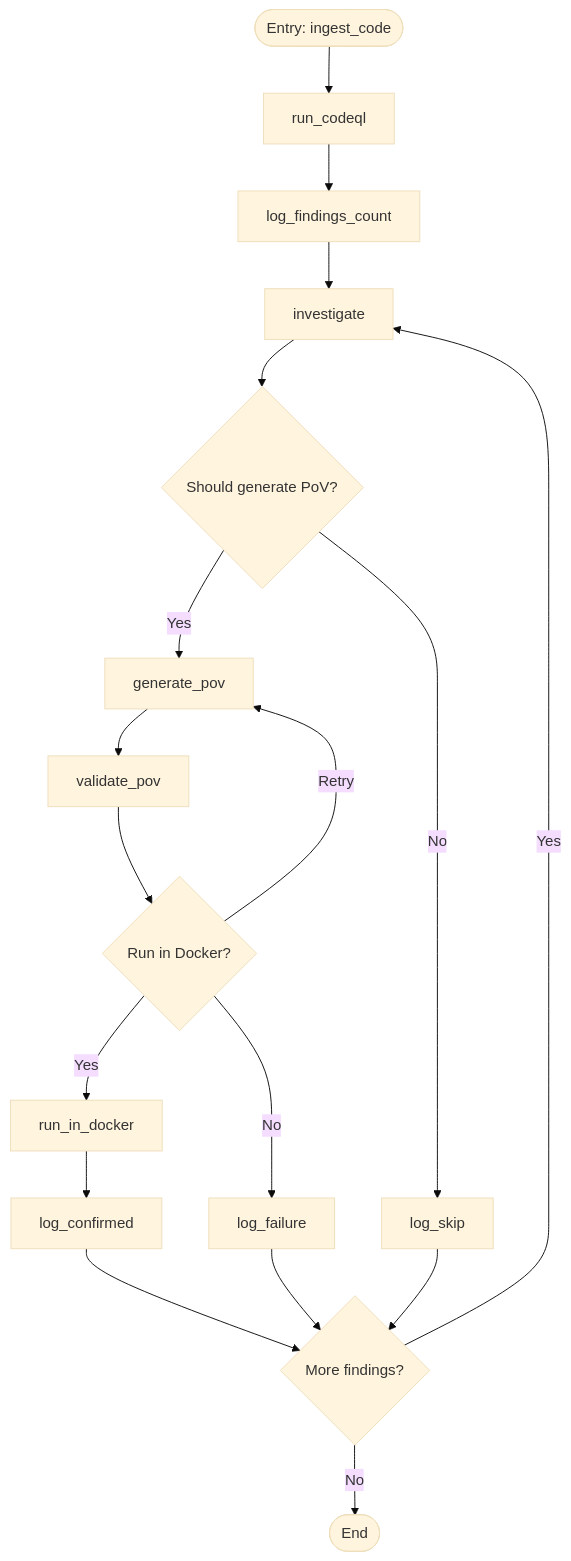
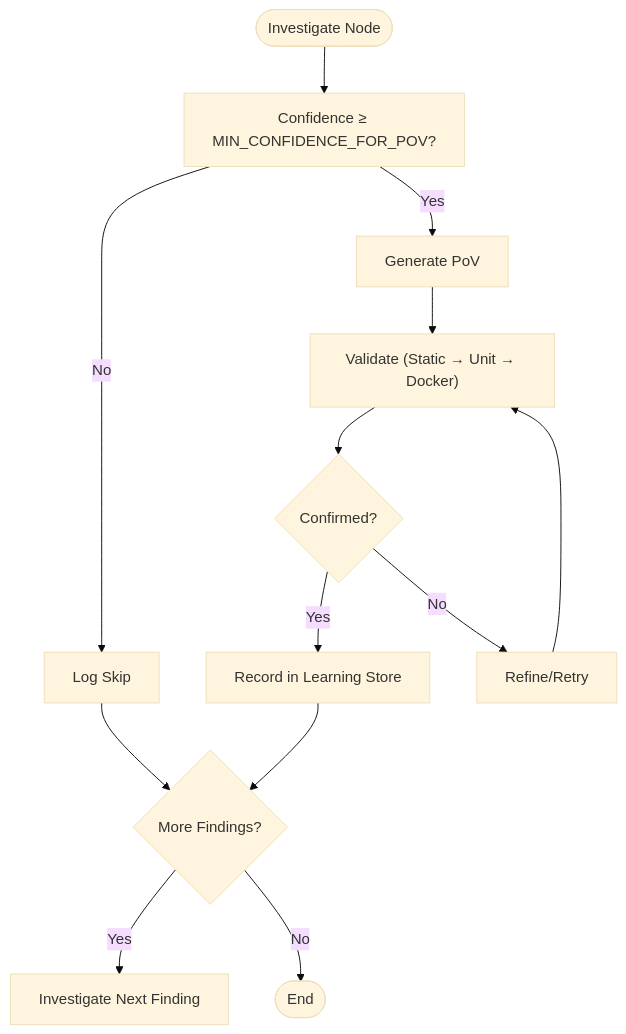
One commit to keysight-anya/AutoPoV changed the fifth of 10 diagrams in .qoder/repowiki/en/content/Architecture & Design/Architecture & Design.md. Above: the diagram before and after it, drawn with Mermaid (base theme). The commit also changed other lines of this file and 150 other files, not shown here.

````diff
--- a/.qoder/repowiki/en/content/Architecture & Design/Architecture & Design.md
+++ b/.qoder/repowiki/en/content/Architecture & Design/Architecture & Design.md
@@ -165,20 +288,15 @@
 ```mermaid
 flowchart TD
-START(["Entry: ingest_code"]) --> RUN_CODEQL["run_codeql"]
-RUN_CODEQL --> LOG_COUNT["log_findings_count"]
-LOG_COUNT --> INVESTIGATE["investigate"]
-INVESTIGATE --> DECIDE_GEN{"Should generate PoV?"}
-DECIDE_GEN --> |Yes| GEN["generate_pov"]
-DECIDE_GEN --> |No| SKIP["log_skip"]
-GEN --> VALIDATE["validate_pov"]
-VALIDATE --> DECIDE_RUN{"Run in Docker?"}
-DECIDE_RUN --> |Yes| DOCKER["run_in_docker"]
-DECIDE_RUN --> |Retry| GEN
-DECIDE_RUN --> |No| FAIL["log_failure"]
-DOCKER --> CONFIRM["log_confirmed"]
-CONFIRM --> MORE{"More findings?"}
-SKIP --> MORE
-FAIL --> MORE
-MORE --> |Yes| INVESTIGATE
-MORE --> |No| END(["End"])
+Start(["Investigate Node"]) --> CheckConf["Confidence ≥ MIN_CONFIDENCE_FOR_POV?"]
+CheckConf --> |No| Skip["Log Skip"]
+CheckConf --> |Yes| Gen["Generate PoV"]
+Gen --> Validate["Validate (Static → Unit → Docker)"]
+Validate --> Confirmed{"Confirmed?"}
+Confirmed --> |Yes| Record["Record in Learning Store"]
+Confirmed --> |No| Refine["Refine/Retry"]
+Refine --> Validate
+Record --> Next{"More Findings?"}
+Skip --> Next
+Next --> |Yes| Investigate["Investigate Next Finding"]
+Next --> |No| End(["End"])
 ```
````
